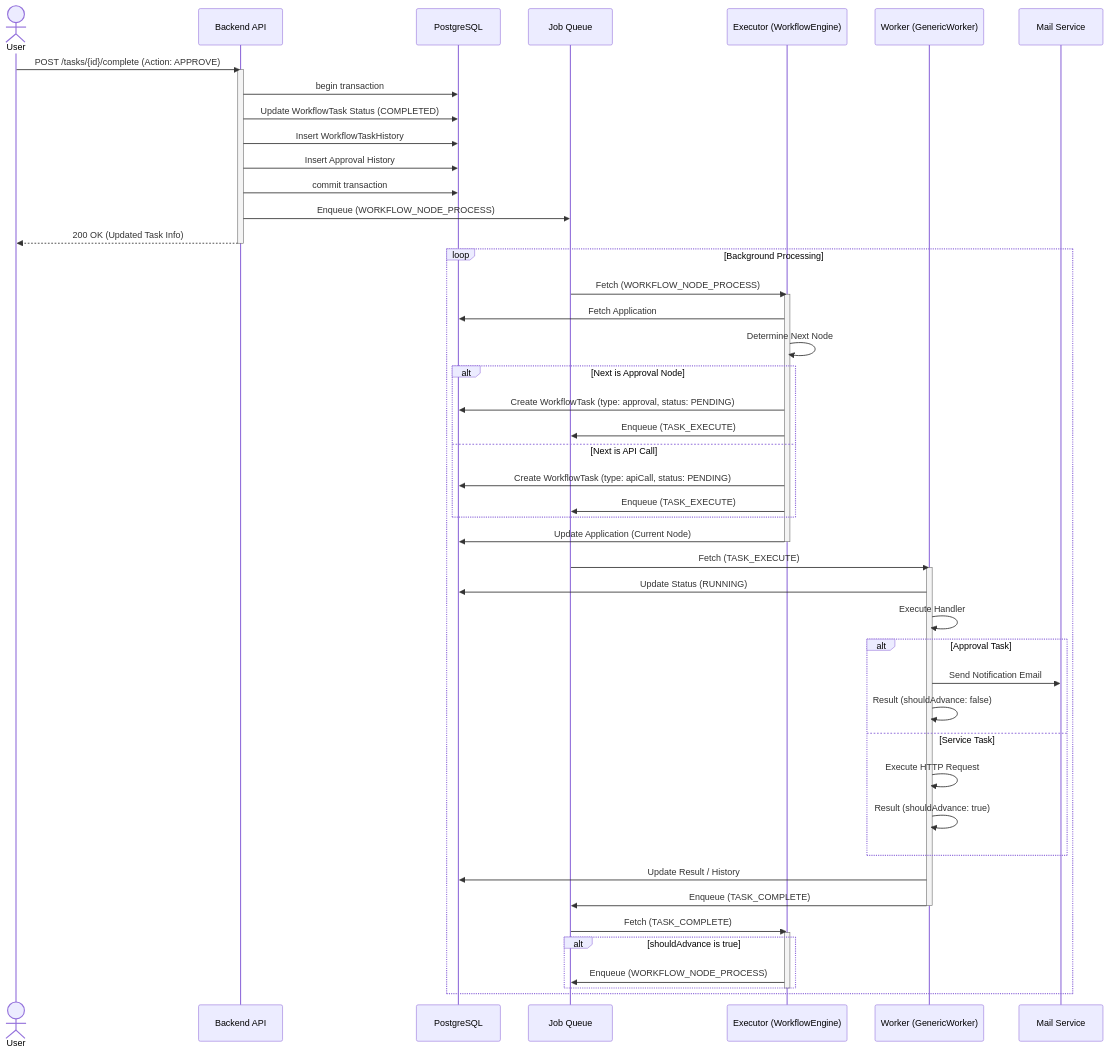
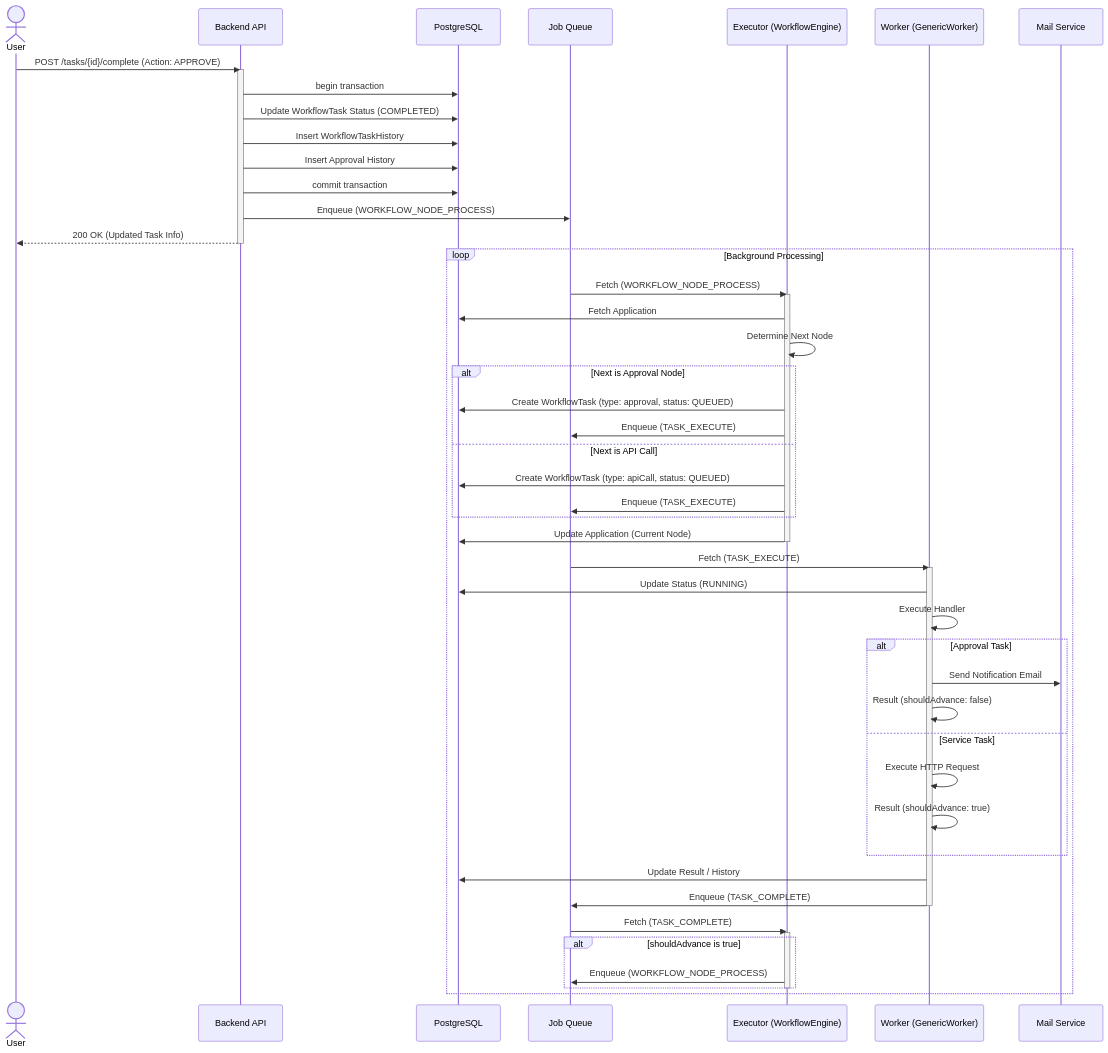
The first of 8 diagrams in backend/docs/sequence_diagrams.md (kenichi-33/flow-craft), drawn with Mermaid before and after one commit. The commit also changed other lines of this file and 13 other files, not shown here.

````diff
--- a/backend/docs/sequence_diagrams.md
+++ b/backend/docs/sequence_diagrams.md
@@ -8,67 +8,67 @@
 ```mermaid
 sequenceDiagram
     actor User
     participant API as Backend API
     participant DB as PostgreSQL
     participant Queue as Job Queue
     participant Executor as Executor (WorkflowEngine)
     participant Worker as Worker (GenericWorker)
     participant Mail as Mail Service
 
     User->>API: POST /tasks/{id}/complete (Action: APPROVE)
     activate API
     
     API->>DB: begin transaction
     API->>DB: Update WorkflowTask Status (COMPLETED)
     API->>DB: Insert WorkflowTaskHistory
     API->>DB: Insert Approval History
     API->>DB: commit transaction
     
     API->>Queue: Enqueue (WORKFLOW_NODE_PROCESS)
     API-->>User: 200 OK (Updated Task Info)
     deactivate API
 
     loop Background Processing
         %% 1. Node Processing (Flow Control)
         Queue->>Executor: Fetch (WORKFLOW_NODE_PROCESS)
         activate Executor
         Executor->>DB: Fetch Application
         Executor->>Executor: Determine Next Node
         
         alt Next is Approval Node
-            Executor->>DB: Create WorkflowTask (type: approval, status: PENDING)
+            Executor->>DB: Create WorkflowTask (type: approval, status: QUEUED)
             Executor->>Queue: Enqueue (TASK_EXECUTE)
         else Next is API Call
-            Executor->>DB: Create WorkflowTask (type: apiCall, status: PENDING)
+            Executor->>DB: Create WorkflowTask (type: apiCall, status: QUEUED)
             Executor->>Queue: Enqueue (TASK_EXECUTE)
         end
         Executor->>DB: Update Application (Current Node)
         deactivate Executor
 
         %% 2. Task Execution
         Queue->>Worker: Fetch (TASK_EXECUTE)
         activate Worker
         Worker->>DB: Update Status (RUNNING)
         Worker->>Worker: Execute Handler
         
         alt Approval Task
             Worker->>Mail: Send Notification Email
             Worker->>Worker: Result (shouldAdvance: false)
         else Service Task
             Worker->>Worker: Execute HTTP Request
             Worker->>Worker: Result (shouldAdvance: true)
         end
         
         Worker->>DB: Update Result / History
         Worker->>Queue: Enqueue (TASK_COMPLETE)
         deactivate Worker
         
         %% 3. Completion Handling (Flow Advancement)
         Queue->>Executor: Fetch (TASK_COMPLETE)
         activate Executor
         alt shouldAdvance is true
             Executor->>Queue: Enqueue (WORKFLOW_NODE_PROCESS)
         end
         deactivate Executor
     end
 ```
````
